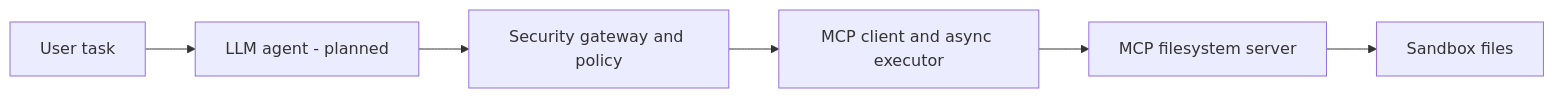
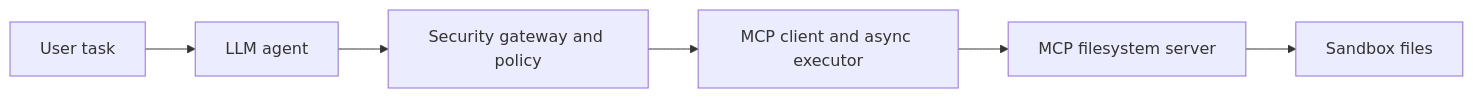
One commit to ManuRslf/MCP-SEC changed the diagram in README.md. Above: the diagram before and after it, drawn with Mermaid. The commit also changed other lines of this file and 2 other files, not shown here.

Commit message:
Connect agent tool calls to gateway and MCP

````diff
--- a/README.md
+++ b/README.md
@@ -34,8 +35,8 @@
 ```mermaid
 flowchart LR
-    User[User task] --> Agent[LLM agent - planned]
+    User[User task] --> Agent[LLM agent]
     Agent --> Gateway[Security gateway and policy]
     Gateway --> Client[MCP client and async executor]
     Client --> Server[MCP filesystem server]
     Server --> Sandbox[Sandbox files]
 ```
````
